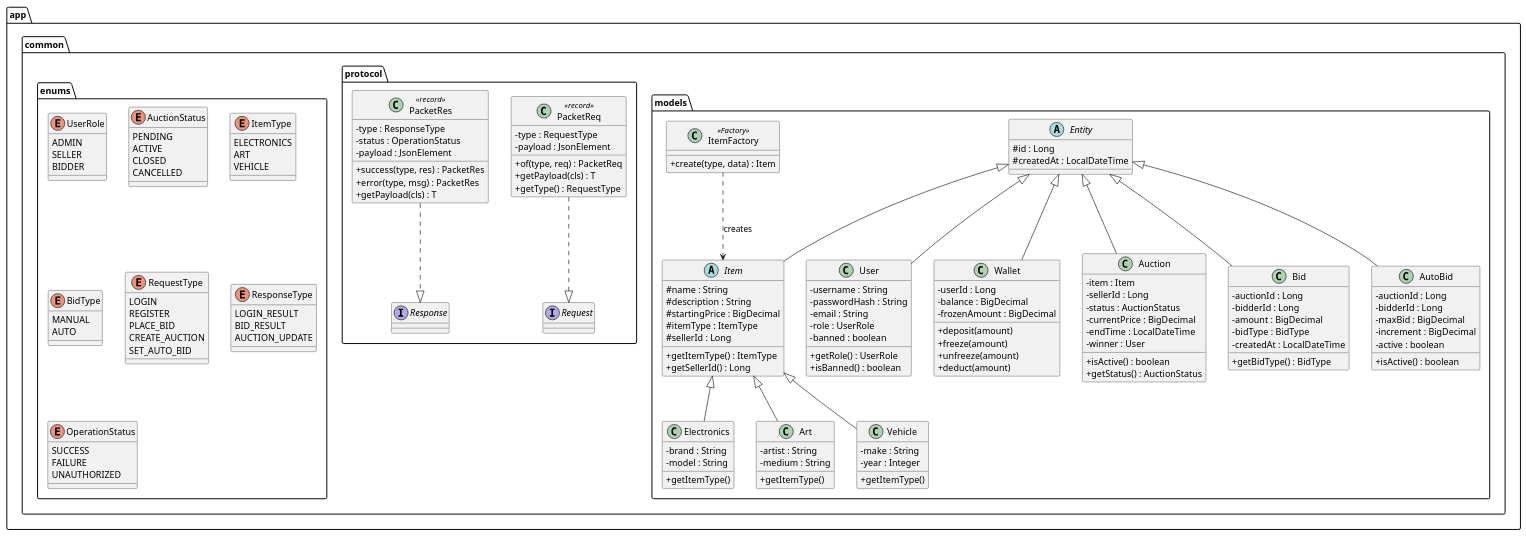
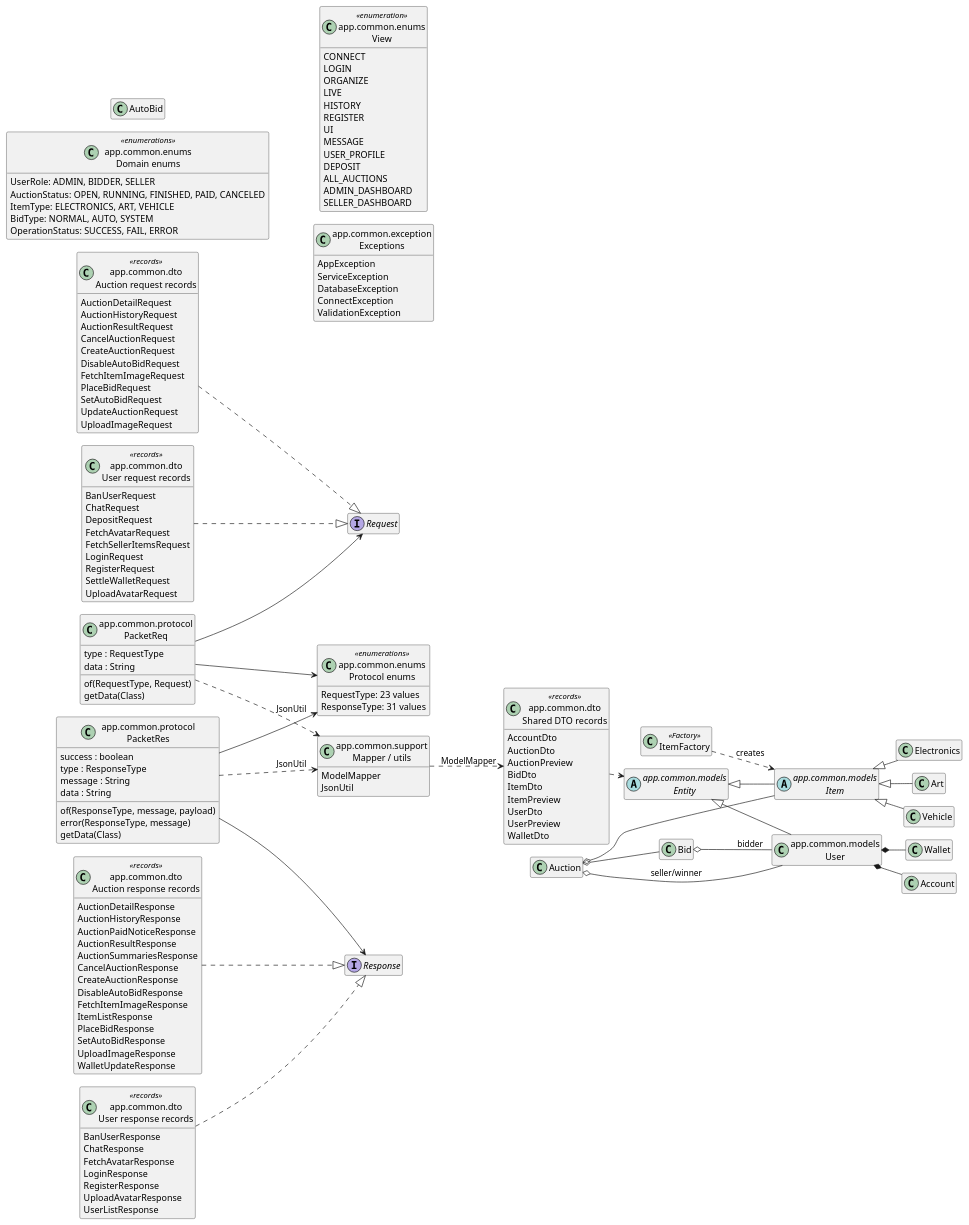
Before and after one commit to giabaotq07/AuctionOnlineSystem: the diagram in UMLdiagram/common.puml, drawn with PlantUML. The commit also changed other lines of this file and 5 other files, not shown here.

Commit message:
sửa lại uml và ảnh

```diff
--- a/UMLdiagram/common.puml
+++ b/UMLdiagram/common.puml
@@ -1,176 +1,180 @@
 @startuml
-' Module: common
+' Compact common UML
+set namespaceSeparator none
+left to right direction
 skinparam classAttributeIconSize 0
 skinparam shadowing false
+skinparam nodesep 20
+skinparam ranksep 22
+hide empty members
 
-package "app.common.models" {
-  abstract class Entity {
-    # id : Long
-    # createdAt : LocalDateTime
-  }
+abstract class "app.common.models\nEntity" as Entity
+abstract class "app.common.models\nItem" as Item
+class Electronics
+class Art
+class Vehicle
+class ItemFactory <<Factory>>
 
-  abstract class Item {
-    # name : String
-    # description : String
-    # startingPrice : BigDecimal
-    # itemType : ItemType
-    # sellerId : Long
-    + getItemType() : ItemType
-    + getSellerId() : Long
-  }
+class "app.common.models\nUser" as User
+class Account
+class Wallet
+class Auction
+class Bid
+class AutoBid
 
-  class Electronics {
-    - brand : String
-    - model : String
-    + getItemType()
-  }
-
-  class Art {
-    - artist : String
-    - medium : String
-    + getItemType()
-  }
-
-  class Vehicle {
-    - make : String
-    - year : Integer
-    + getItemType()
-  }
-
-  class ItemFactory <<Factory>> {
-    + create(type, data) : Item
-  }
-
-  class User {
-    - username : String
-    - passwordHash : String
-    - email : String
-    - role : UserRole
-    - banned : boolean
-    + getRole() : UserRole
-    + isBanned() : boolean
-  }
-
-  class Wallet {
-    - userId : Long
-    - balance : BigDecimal
-    - frozenAmount : BigDecimal
-    + deposit(amount)
-    + freeze(amount)
-    + unfreeze(amount)
-    + deduct(amount)
-  }
-
-  class Auction {
-    - item : Item
-    - sellerId : Long
-    - status : AuctionStatus
-    - currentPrice : BigDecimal
-    - endTime : LocalDateTime
-    - winner : User
-    + isActive() : boolean
-    + getStatus() : AuctionStatus
-  }
-
-  class Bid {
-    - auctionId : Long
-    - bidderId : Long
-    - amount : BigDecimal
-    - bidType : BidType
-    - createdAt : LocalDateTime
-    + getBidType() : BidType
-  }
-
-  class AutoBid {
-    - auctionId : Long
-    - bidderId : Long
-    - maxBid : BigDecimal
-    - increment : BigDecimal
-    - active : boolean
-    + isActive() : boolean
-  }
+class "app.common.protocol\nPacketReq" as PacketReq {
+  type : RequestType
+  data : String
+  of(RequestType, Request)
+  getData(Class)
 }
 
-package "app.common.protocol" {
-  interface Request
-  interface Response
-
-  class PacketReq <<record>> {
-    - type : RequestType
-    - payload : JsonElement
-    + of(type, req) : PacketReq
-    + getPayload(cls) : T
-    + getType() : RequestType
-  }
-
-  class PacketRes <<record>> {
-    - type : ResponseType
-    - status : OperationStatus
-    - payload : JsonElement
-    + success(type, res) : PacketRes
-    + error(type, msg) : PacketRes
-    + getPayload(cls) : T
-  }
+class "app.common.protocol\nPacketRes" as PacketRes {
+  success : boolean
+  type : ResponseType
+  message : String
+  data : String
+  of(ResponseType, message, payload)
+  error(ResponseType, message)
+  getData(Class)
 }
 
-package "app.common.enums" {
-  enum UserRole {
-    ADMIN
-    SELLER
-    BIDDER
-  }
+interface Request
+interface Response
 
-  enum AuctionStatus {
-    PENDING
-    ACTIVE
-    CLOSED
-    CANCELLED
-  }
-
-  enum ItemType {
-    ELECTRONICS
-    ART
-    VEHICLE
-  }
-
-  enum BidType {
-    MANUAL
-    AUTO
-  }
-
-  enum RequestType {
-    LOGIN
-    REGISTER
-    PLACE_BID
-    CREATE_AUCTION
-    SET_AUTO_BID
-  }
-
-  enum ResponseType {
-    LOGIN_RESULT
-    BID_RESULT
-    AUCTION_UPDATE
-  }
-
-  enum OperationStatus {
-    SUCCESS
-    FAILURE
-    UNAUTHORIZED
-  }
+class "app.common.dto\nAuction request records" as RequestDtosA <<records>> {
+  AuctionDetailRequest
+  AuctionHistoryRequest
+  AuctionResultRequest
+  CancelAuctionRequest
+  CreateAuctionRequest
+  DisableAutoBidRequest
+  FetchItemImageRequest
+  PlaceBidRequest
+  SetAutoBidRequest
+  UpdateAuctionRequest
+  UploadImageRequest
 }
 
-' Relationships
+class "app.common.dto\nUser request records" as RequestDtosB <<records>> {
+  BanUserRequest
+  ChatRequest
+  DepositRequest
+  FetchAvatarRequest
+  FetchSellerItemsRequest
+  LoginRequest
+  RegisterRequest
+  SettleWalletRequest
+  UploadAvatarRequest
+}
+
+class "app.common.dto\nAuction response records" as ResponseDtosA <<records>> {
+  AuctionDetailResponse
+  AuctionHistoryResponse
+  AuctionPaidNoticeResponse
+  AuctionResultResponse
+  AuctionSummariesResponse
+  CancelAuctionResponse
+  CreateAuctionResponse
+  DisableAutoBidResponse
+  FetchItemImageResponse
+  ItemListResponse
+  PlaceBidResponse
+  SetAutoBidResponse
+  UploadImageResponse
+  WalletUpdateResponse
+}
+
+class "app.common.dto\nUser response records" as ResponseDtosB <<records>> {
+  BanUserResponse
+  ChatResponse
+  FetchAvatarResponse
+  LoginResponse
+  RegisterResponse
+  UploadAvatarResponse
+  UserListResponse
+}
+
+class "app.common.dto\nShared DTO records" as SharedDtos <<records>> {
+  AccountDto
+  AuctionDto
+  AuctionPreview
+  BidDto
+  ItemDto
+  ItemPreview
+  UserDto
+  UserPreview
+  WalletDto
+}
+
+class "app.common.enums\nDomain enums" as DomainEnums <<enumerations>> {
+  UserRole: ADMIN, BIDDER, SELLER
+  AuctionStatus: OPEN, RUNNING, FINISHED, PAID, CANCELED
+  ItemType: ELECTRONICS, ART, VEHICLE
+  BidType: NORMAL, AUTO, SYSTEM
+  OperationStatus: SUCCESS, FAIL, ERROR
+}
+
+class "app.common.enums\nView" as View <<enumeration>> {
+  CONNECT
+  LOGIN
+  ORGANIZE
+  LIVE
+  HISTORY
+  REGISTER
+  UI
+  MESSAGE
+  USER_PROFILE
+  DEPOSIT
+  ALL_AUCTIONS
+  ADMIN_DASHBOARD
+  SELLER_DASHBOARD
+}
+
+class "app.common.enums\nProtocol enums" as ProtocolEnums <<enumerations>> {
+  RequestType: 23 values
+  ResponseType: 31 values
+}
+
+class "app.common.support\nMapper / utils" as CommonSupport {
+  ModelMapper
+  JsonUtil
+}
+
+class "app.common.exception\nExceptions" as Exceptions {
+  AppException
+  ServiceException
+  DatabaseException
+  ConnectException
+  ValidationException
+}
+
 Entity <|-- Item
+Entity <|-- User
 Item <|-- Electronics
 Item <|-- Art
 Item <|-- Vehicle
 ItemFactory ..> Item : creates
-Entity <|-- User
-Entity <|-- Wallet
-Entity <|-- Auction
-Entity <|-- Bid
-Entity <|-- AutoBid
-PacketReq ..|> Request
-PacketRes ..|> Response
+User *-- Account
+User *-- Wallet
+Auction o-- Item
+Auction o-- User : seller/winner
+Auction o-- Bid
+Bid o-- User : bidder
+
+PacketReq --> Request
+PacketReq --> ProtocolEnums
+PacketReq ..> CommonSupport : JsonUtil
+PacketRes --> Response
+PacketRes --> ProtocolEnums
+PacketRes ..> CommonSupport : JsonUtil
+RequestDtosA -[hidden]right- RequestDtosB
+ResponseDtosA -[hidden]right- ResponseDtosB
+RequestDtosA ..|> Request
+RequestDtosB ..|> Request
+ResponseDtosA ..|> Response
+ResponseDtosB ..|> Response
+SharedDtos ..> Entity
+CommonSupport ..> SharedDtos : ModelMapper
 
 @enduml
```
